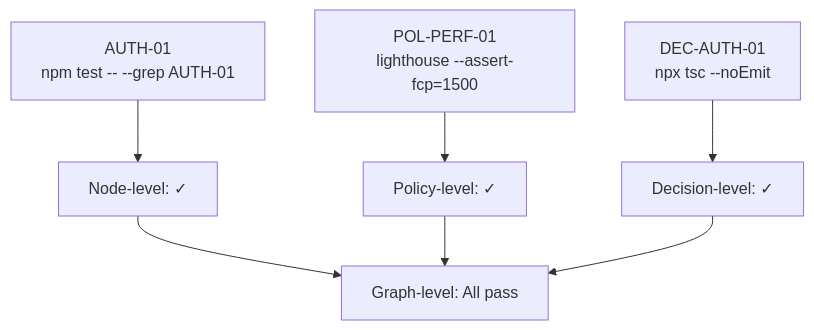
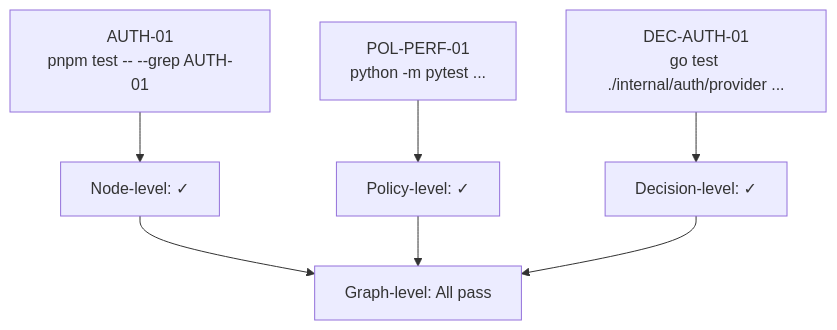
One commit to oco-adam/specgraph changed the diagram in website/docs/manifestation/verification.md. Above: the diagram before and after it, drawn with Mermaid. The commit also changed other lines of this file and 29 other files, not shown here.

````diff
--- a/website/docs/manifestation/verification.md
+++ b/website/docs/manifestation/verification.md
@@ -171,9 +171,9 @@
 ```mermaid
 graph TD
-    B[AUTH-01<br/>npm test -- --grep AUTH-01] --> N[Node-level: ✓]
-    P[POL-PERF-01<br/>lighthouse --assert-fcp=1500] --> PL[Policy-level: ✓]
-    D[DEC-AUTH-01<br/>npx tsc --noEmit] --> DL[Decision-level: ✓]
+    B[AUTH-01<br/>pnpm test -- --grep AUTH-01] --> N[Node-level: ✓]
+    P[POL-PERF-01<br/>python -m pytest ...] --> PL[Policy-level: ✓]
+    D[DEC-AUTH-01<br/>go test ./internal/auth/provider ...] --> DL[Decision-level: ✓]
     N --> G[Graph-level: All pass]
     PL --> G
     DL --> G
 ```
````
